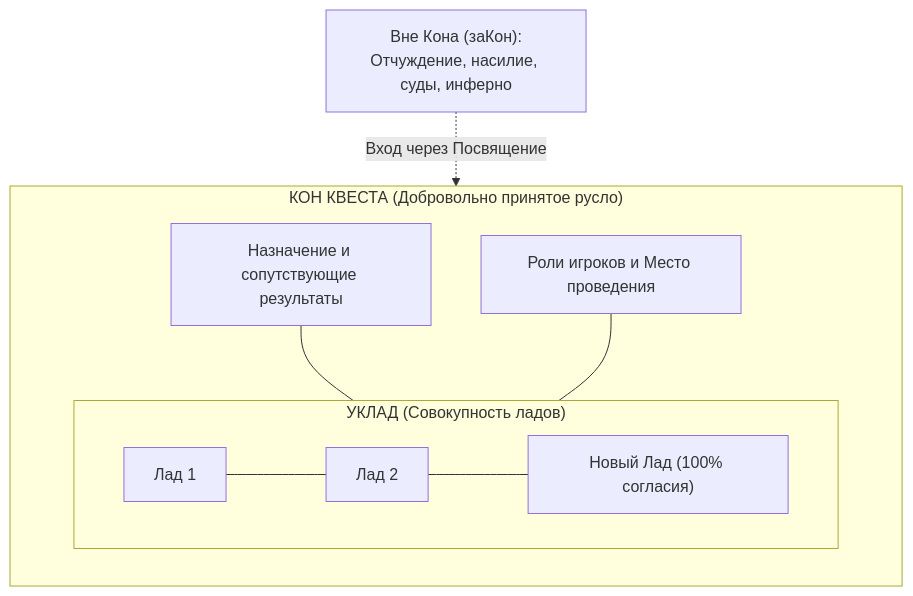
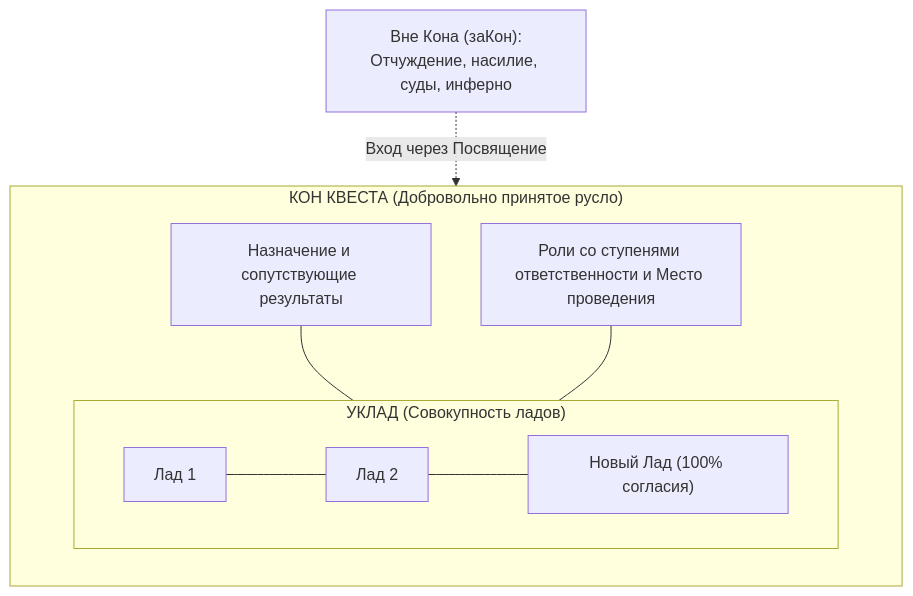
One commit to sigom-unicorn/Volya changed the first of 4 diagrams in Манифест Воли.md. Above: the diagram before and after it, drawn with Mermaid. The commit also changed other lines of this file and 9 other files, not shown here.

````diff
--- a/Манифест Воли.md
+++ b/Манифест Воли.md
@@ -71,14 +71,14 @@
 ```mermaid
 flowchart TD
     subgraph KON["КОН КВЕСТА (Добровольно принятое русло)"]
         direction TB
         K1["Назначение и сопутствующие результаты"]
-        K2["Роли игроков и Место проведения"]
+        K2["Роли со ступенями ответственности и Место проведения"]
         subgraph UKLAD["УКЛАД (Совокупность ладов)"]
             U1["Лад 1"] --- U2["Лад 2"] --- U3["Новый Лад (100% согласия)"]
         end
         K1 --- UKLAD
         K2 --- UKLAD
     end
     OUT["Вне Кона (заКон):<br/>Отчуждение, насилие, суды, инферно"] -.->|"Вход через Посвящение"| KON
 ```
````
